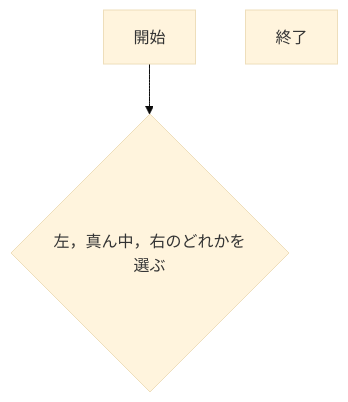
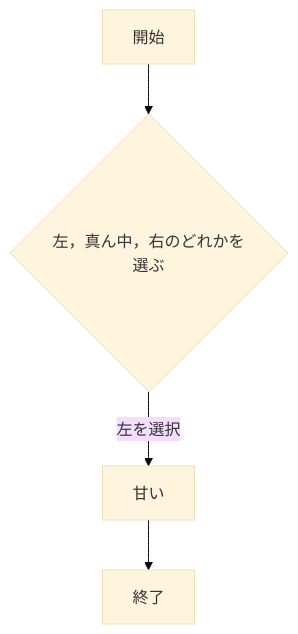
One commit to km919/webpro_06 changed the ninth of 9 diagrams in README.md. Above: the diagram before and after it, drawn with Mermaid (base theme).

Commit message:
11/18の14:05に編集済

````diff
--- a/README.md
+++ b/README.md
@@ -328,8 +328,9 @@
 ```mermaid
 flowchart TD;
 start["開始"];
 end1["終了"]
 if{"左，真ん中，右のどれかを選ぶ"}
 start --> if
-
+if --> |左を選択| 甘い
+甘い --> end1
 ```
````
